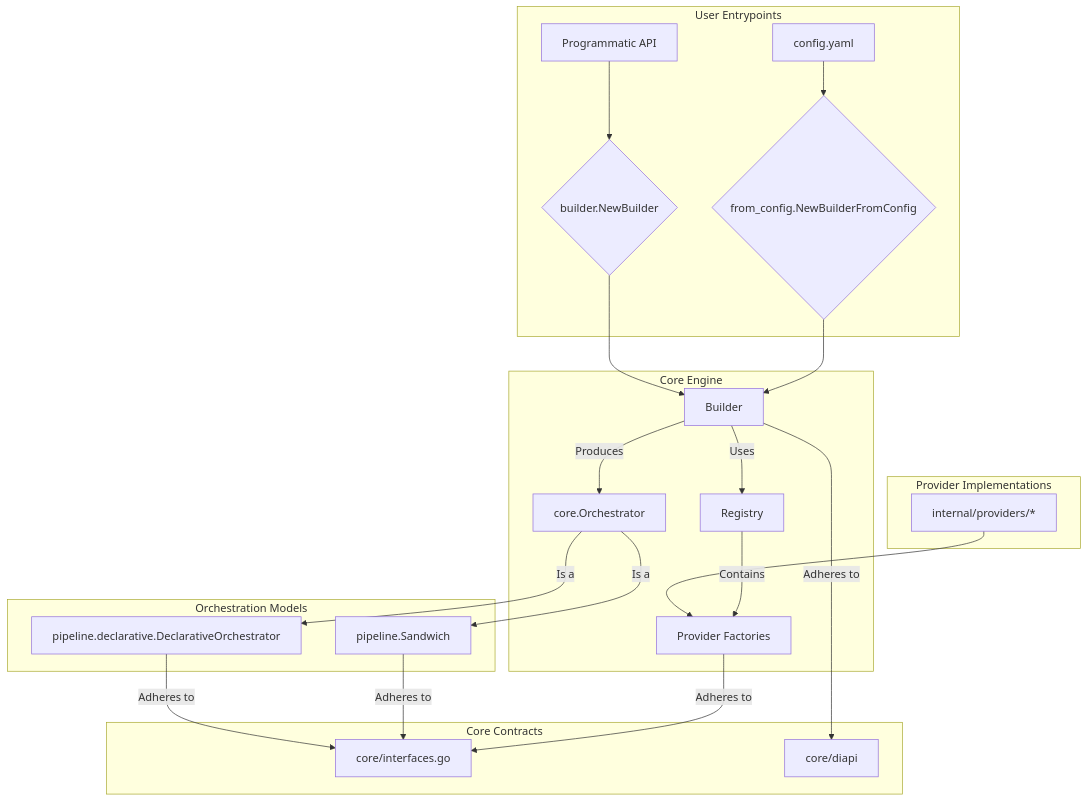
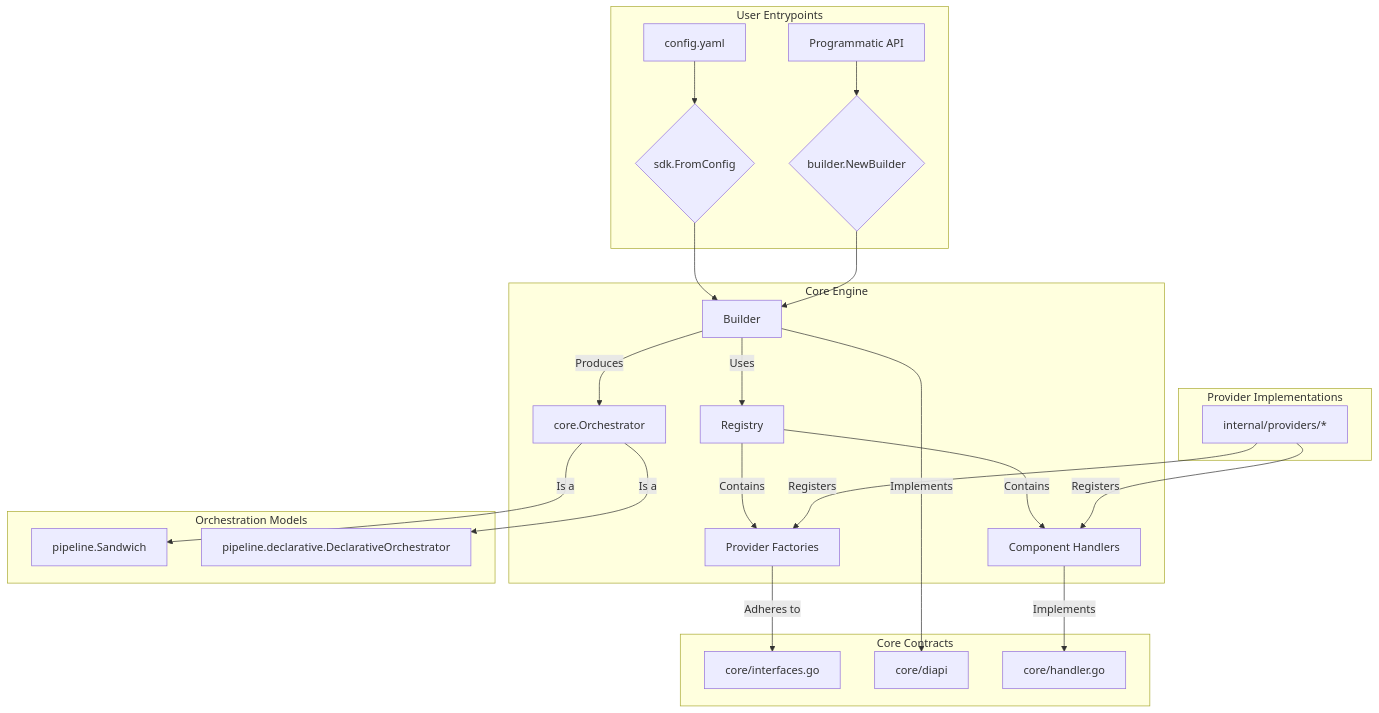
The diagram in docs/CONTEXT.md (duynguyendang/manglekit), drawn with Mermaid before and after one commit. The commit also changed other lines of this file and 2 other files, not shown here.

First line of the commit message:
This commit synchronizes the core architectural documentation with the latest version of the Manglekit SDK. It reflects the significant refactoring from a monolithic builder to a decentralized, handler-based architecture.

````diff
--- a/docs/CONTEXT.md
+++ b/docs/CONTEXT.md
@@ -17,36 +17,38 @@
 ```mermaid
 graph TD
     subgraph "User Entrypoints"
-        A[config.yaml] --> C{from_config.NewBuilderFromConfig}
+        A[config.yaml] --> C{sdk.FromConfig}
         B[Programmatic API] --> D{builder.NewBuilder}
     end
 
     subgraph "Core Engine"
         C --> E[Builder]
         D --> E
         E -- Uses --> F[Registry]
-        F -- Contains --> G[Provider Factories]
-        E -- Produces --> H[core.Orchestrator]
+        F -- Contains --> G[Component Handlers]
+        F -- Contains --> H[Provider Factories]
+        E -- Produces --> I[core.Orchestrator]
     end
 
     subgraph "Provider Implementations"
-        I[internal/providers/*] --> G
+        J[internal/providers/*] -- Registers --> G
+        J -- Registers --> H
     end
 
     subgraph "Orchestration Models"
-        J[pipeline.Sandwich]
-        K[pipeline.declarative.DeclarativeOrchestrator]
-        H -- Is a --> J
-        H -- Is a --> K
+        K[pipeline.Sandwich]
+        L[pipeline.declarative.DeclarativeOrchestrator]
+        I -- Is a --> K
+        I -- Is a --> L
     end
 
     subgraph "Core Contracts"
-        L[core/interfaces.go]
-        M[core/diapi]
+        M[core/interfaces.go]
+        N[core/diapi]
+        O[core/handler.go]
     end
 
-    E -- Adheres to --> M
-    G -- Adheres to --> L
-    J -- Adheres to --> L
-    K -- Adheres to --> L
+    E -- Implements --> N
+    G -- Implements --> O
+    H -- Adheres to --> M
 ```
````
